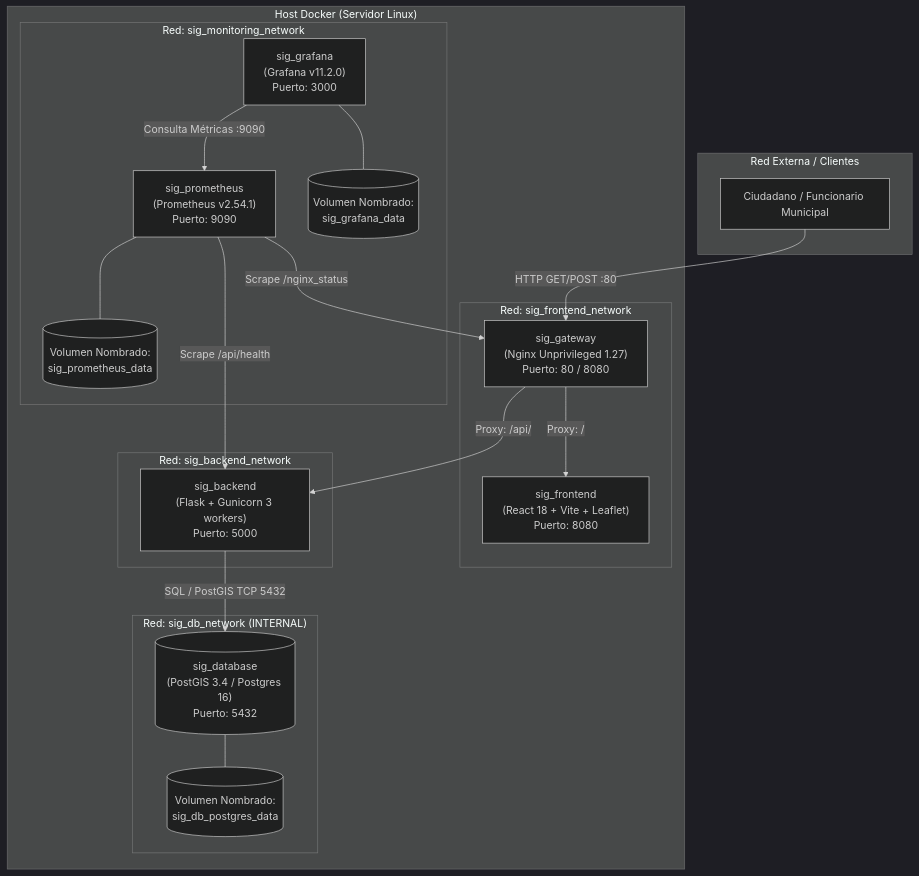
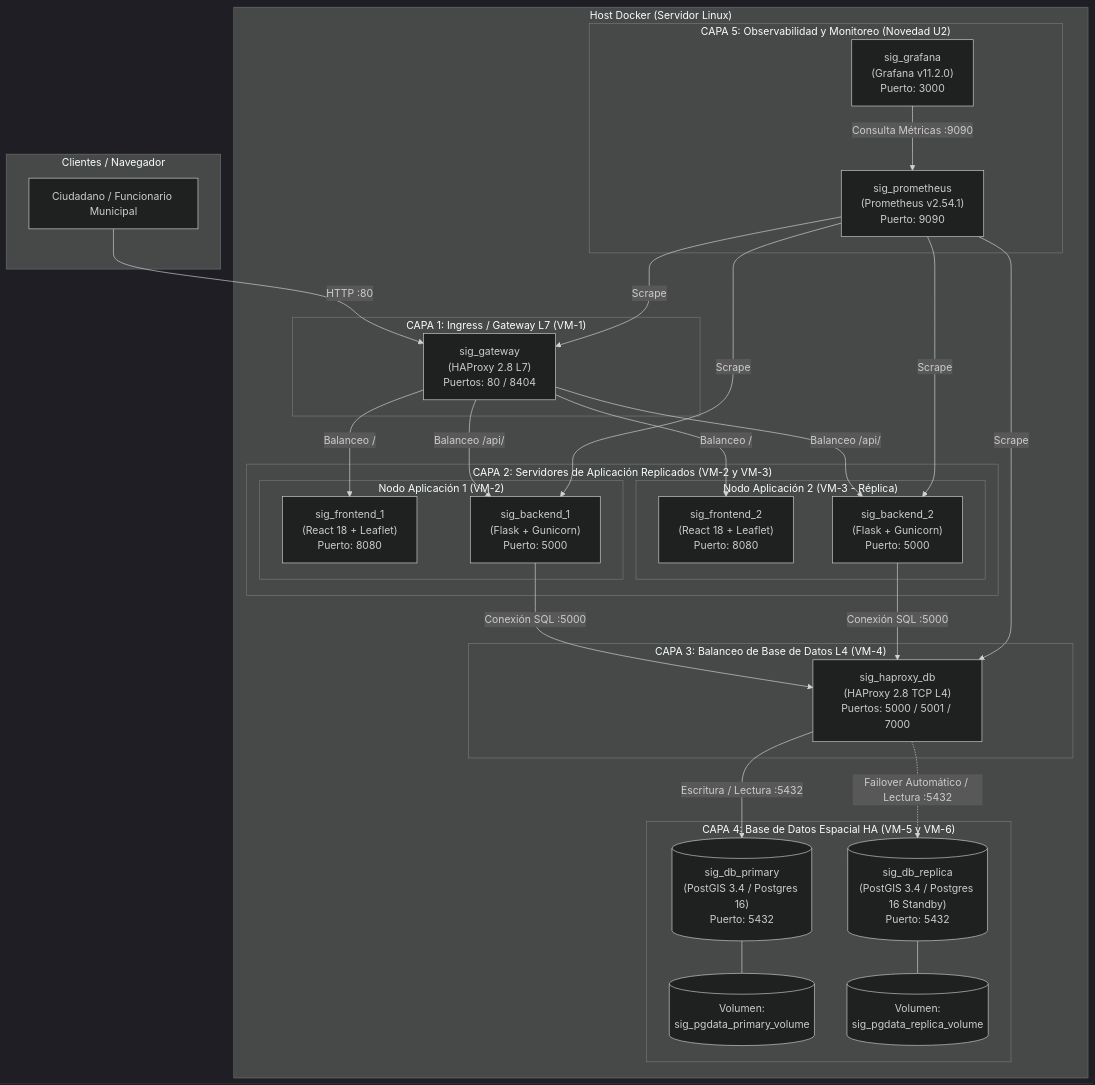
The first of 2 diagrams in docs/diagramas/arquitectura.mermaid (Nappie47/admin-proyecto), drawn with Mermaid (dark theme) before and after one commit. The commit also changed other lines of this file and 23 other files, not shown here.

Commit message:
feat(ha): implementar alta disponibilidad completa con HAProxy L7/L4, replicas de app y BD

````diff
--- a/docs/diagramas/arquitectura.mermaid
+++ b/docs/diagramas/arquitectura.mermaid
@@ -6,41 +6,60 @@
 ```mermaid
 flowchart TD
-    subgraph Internet["Red Externa / Clientes"]
+    subgraph Internet["Clientes / Navegador"]
         User["Ciudadano / Funcionario Municipal"]
     end
 
     subgraph Host["Host Docker (Servidor Linux)"]
-        subgraph NetFrontend["Red: sig_frontend_network"]
-            Gateway["sig_gateway\n(Nginx Unprivileged 1.27)\nPuerto: 80 / 8080"]
-            Frontend["sig_frontend\n(React 18 + Vite + Leaflet)\nPuerto: 8080"]
+        subgraph Capa1["CAPA 1: Ingress / Gateway L7 (VM-1)"]
+            Gateway["sig_gateway\n(HAProxy 2.8 L7)\nPuertos: 80 / 8404"]
         end
 
-        subgraph NetBackend["Red: sig_backend_network"]
-            Backend["sig_backend\n(Flask + Gunicorn 3 workers)\nPuerto: 5000"]
+        subgraph Capa2["CAPA 2: Servidores de Aplicación Replicados (VM-2 y VM-3)"]
+            subgraph App1["Nodo Aplicación 1 (VM-2)"]
+                Frontend1["sig_frontend_1\n(React 18 + Leaflet)\nPuerto: 8080"]
+                Backend1["sig_backend_1\n(Flask + Gunicorn)\nPuerto: 5000"]
+            end
+            subgraph App2["Nodo Aplicación 2 (VM-3 - Réplica)"]
+                Frontend2["sig_frontend_2\n(React 18 + Leaflet)\nPuerto: 8080"]
+                Backend2["sig_backend_2\n(Flask + Gunicorn)\nPuerto: 5000"]
+            end
         end
 
-        subgraph NetDB["Red: sig_db_network (INTERNAL)"]
-            Database[("sig_database\n(PostGIS 3.4 / Postgres 16)\nPuerto: 5432")]
-            VolDB[("Volumen Nombrado:\nsig_db_postgres_data")]
+        subgraph Capa3["CAPA 3: Balanceo de Base de Datos L4 (VM-4)"]
+            HAProxyDB["sig_haproxy_db\n(HAProxy 2.8 TCP L4)\nPuertos: 5000 / 5001 / 7000"]
         end
 
-        subgraph NetMon["Red: sig_monitoring_network"]
+        subgraph Capa4["CAPA 4: Base de Datos Espacial HA (VM-5 y VM-6)"]
+            DBPrimary[("sig_db_primary\n(PostGIS 3.4 / Postgres 16)\nPuerto: 5432")]
+            DBReplica[("sig_db_replica\n(PostGIS 3.4 / Postgres 16 Standby)\nPuerto: 5432")]
+            VolPrimary[("Volumen:\nsig_pgdata_primary_volume")]
+            VolReplica[("Volumen:\nsig_pgdata_replica_volume")]
+        end
+
+        subgraph Capa5["CAPA 5: Observabilidad y Monitoreo (Novedad U2)"]
             Prometheus["sig_prometheus\n(Prometheus v2.54.1)\nPuerto: 9090"]
             Grafana["sig_grafana\n(Grafana v11.2.0)\nPuerto: 3000"]
-            VolProm[("Volumen Nombrado:\nsig_prometheus_data")]
-            VolGraf[("Volumen Nombrado:\nsig_grafana_data")]
         end
     end
 
-    User -->|"HTTP GET/POST :80"| Gateway
-    Gateway -->|"Proxy: /"| Frontend
-    Gateway -->|"Proxy: /api/"| Backend
-    Backend -->|"SQL / PostGIS TCP 5432"| Database
-    Database --- VolDB
+    User -->|"HTTP :80"| Gateway
+    Gateway -->|"Balanceo /"| Frontend1
+    Gateway -->|"Balanceo /"| Frontend2
+    Gateway -->|"Balanceo /api/"| Backend1
+    Gateway -->|"Balanceo /api/"| Backend2
 
-    Prometheus -->|"Scrape /nginx_status"| Gateway
-    Prometheus -->|"Scrape /api/health"| Backend
+    Backend1 -->|"Conexión SQL :5000"| HAProxyDB
+    Backend2 -->|"Conexión SQL :5000"| HAProxyDB
+
+    HAProxyDB -->|"Escritura / Lectura :5432"| DBPrimary
+    HAProxyDB -.->|"Failover Automático / Lectura :5432"| DBReplica
+
+    DBPrimary --- VolPrimary
+    DBReplica --- VolReplica
+
+    Prometheus -->|"Scrape"| Gateway
+    Prometheus -->|"Scrape"| Backend1
+    Prometheus -->|"Scrape"| Backend2
+    Prometheus -->|"Scrape"| HAProxyDB
     Grafana -->|"Consulta Métricas :9090"| Prometheus
-    Prometheus --- VolProm
-    Grafana --- VolGraf
 ```
````
